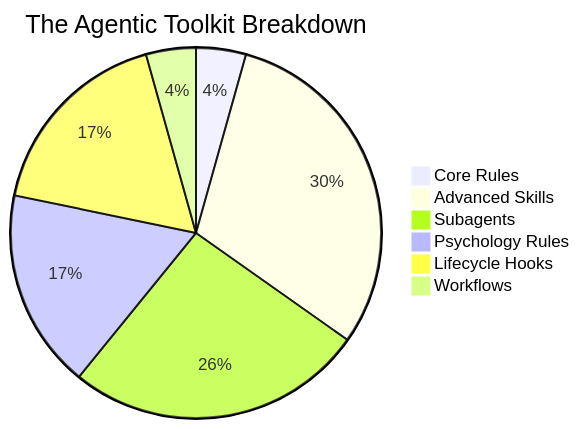
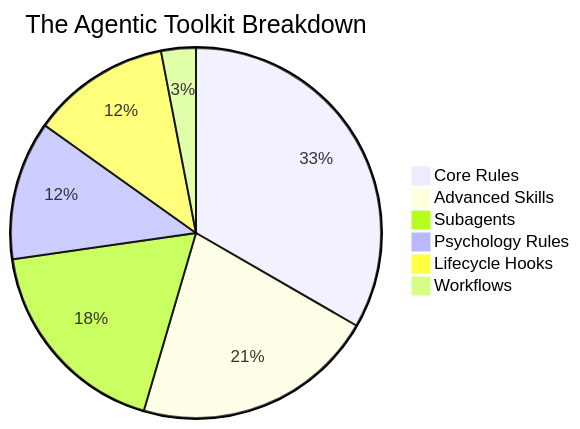
The diagram in README.md (FlameBLIZZard/better-agents), drawn with Mermaid before and after one commit. The commit also changed other lines of this file and 14 other files, not shown here.

````diff
--- a/README.md
+++ b/README.md
@@ -77,9 +77,9 @@
 ```mermaid
 pie title The Agentic Toolkit Breakdown
-    "Core Rules" : 1
+    "Core Rules" : 11
     "Advanced Skills" : 7
     "Subagents" : 6
     "Psychology Rules" : 4
     "Lifecycle Hooks" : 4
     "Workflows" : 1
 ```
````
